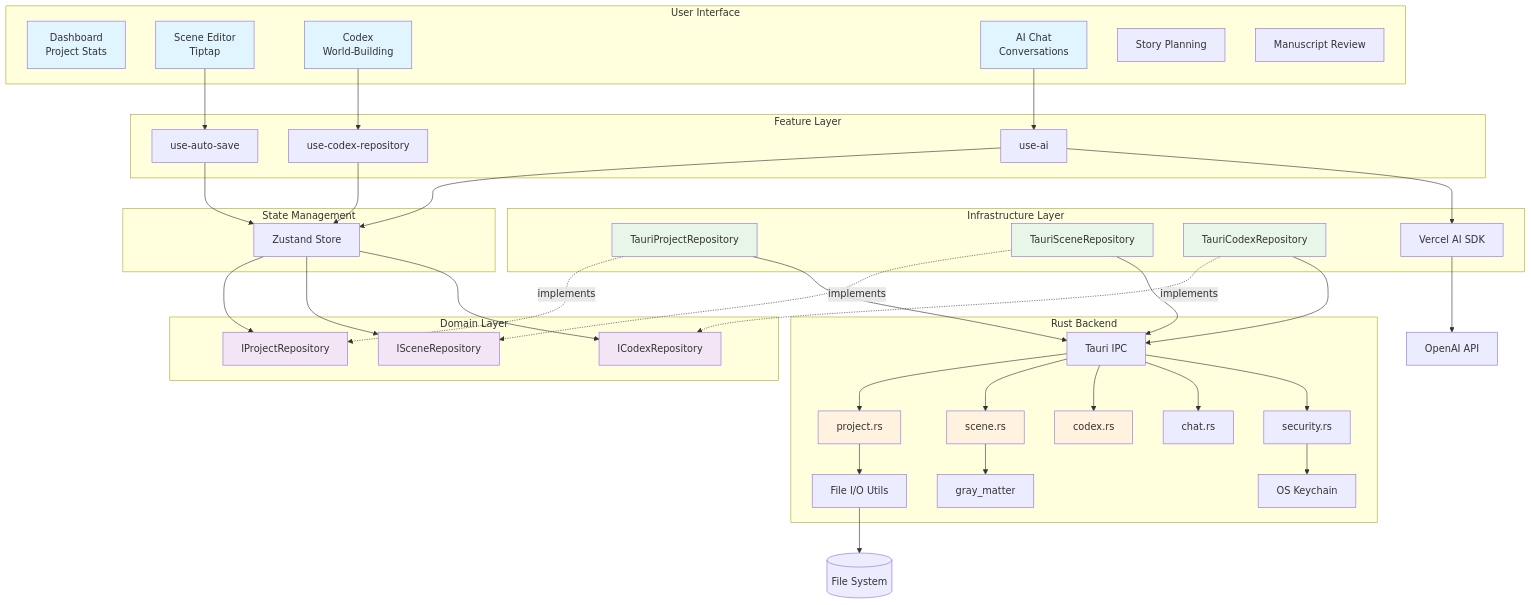
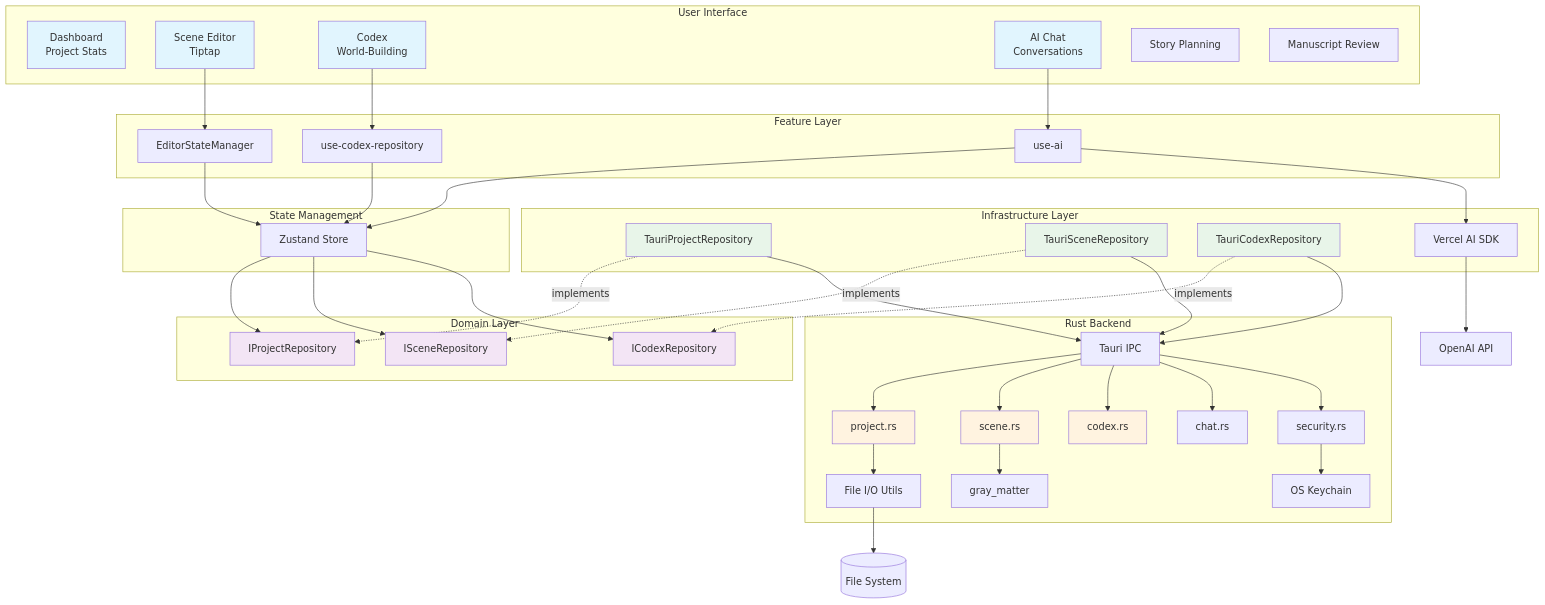
Before and after one commit to Sai-Roopesh/becomeAnAuthor: the fourth of 4 diagrams in docs/AI_CONTEXT.md, drawn with Mermaid. The commit also changed other lines of this file and 36 other files, not shown here.

````diff
--- a/docs/AI_CONTEXT.md
+++ b/docs/AI_CONTEXT.md
@@ -764,70 +766,70 @@
 ```mermaid
 graph TB
     subgraph "User Interface"
         Dashboard[Dashboard<br/>Project Stats]
         Editor[Scene Editor<br/>Tiptap]
         Codex[Codex<br/>World-Building]
         Chat[AI Chat<br/>Conversations]
         Plan[Story Planning]
         Review[Manuscript Review]
     end
     
     subgraph "Feature Layer"
-        Editor --> EditorHook[use-auto-save]
+        Editor --> EditorHook[EditorStateManager]
         Codex --> CodexHook[use-codex-repository]
         Chat --> ChatHook[use-ai]
     end
     
     subgraph "State Management"
         EditorHook --> Store[Zustand Store]
         CodexHook --> Store
         ChatHook --> Store
     end
     
     subgraph "Domain Layer"
         Store --> IProjectRepo[IProjectRepository]
         Store --> ISceneRepo[ISceneRepository]
         Store --> ICodexRepo[ICodexRepository]
     end
     
     subgraph "Infrastructure Layer"
         TauriProjectRepo[TauriProjectRepository] -.->|implements| IProjectRepo
         TauriSceneRepo[TauriSceneRepository] -.->|implements| ISceneRepo
         TauriCodexRepo[TauriCodexRepository] -.->|implements| ICodexRepo
         AIService[Vercel AI SDK]
     end
     
     TauriProjectRepo --> IPC[Tauri IPC]
     TauriSceneRepo --> IPC
     TauriCodexRepo --> IPC
     ChatHook --> AIService
     
     subgraph "Rust Backend"
         IPC --> ProjectCmd[project.rs]
         IPC --> SceneCmd[scene.rs]
         IPC --> CodexCmd[codex.rs]
         IPC --> ChatCmd[chat.rs]
         IPC --> SecurityCmd[security.rs]
         
         ProjectCmd --> FileIO[File I/O Utils]
         SceneCmd --> FrontmatterParser[gray_matter]
         SecurityCmd --> Keyring[OS Keychain]
     end
     
     FileIO --> FS[(File System)]
     AIService --> OpenAI[OpenAI API]
     
     style Dashboard fill:#e1f5fe
     style Editor fill:#e1f5fe
     style Codex fill:#e1f5fe
     style Chat fill:#e1f5fe
     style IProjectRepo fill:#f3e5f5
     style ISceneRepo fill:#f3e5f5
     style ICodexRepo fill:#f3e5f5
     style TauriProjectRepo fill:#e8f5e9
     style TauriSceneRepo fill:#e8f5e9
     style TauriCodexRepo fill:#e8f5e9
     style ProjectCmd fill:#fff3e0
     style SceneCmd fill:#fff3e0
     style CodexCmd fill:#fff3e0
 ```
````
